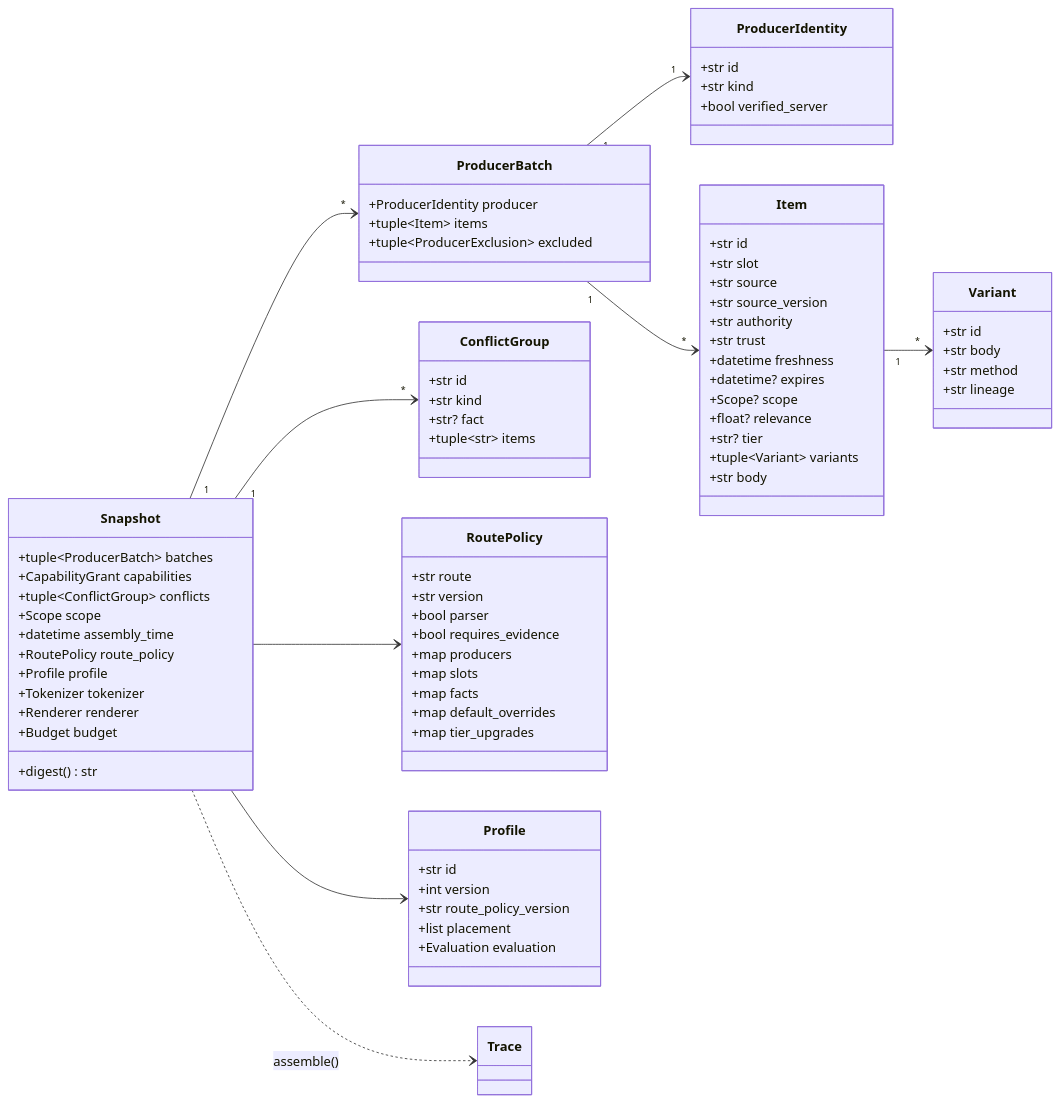
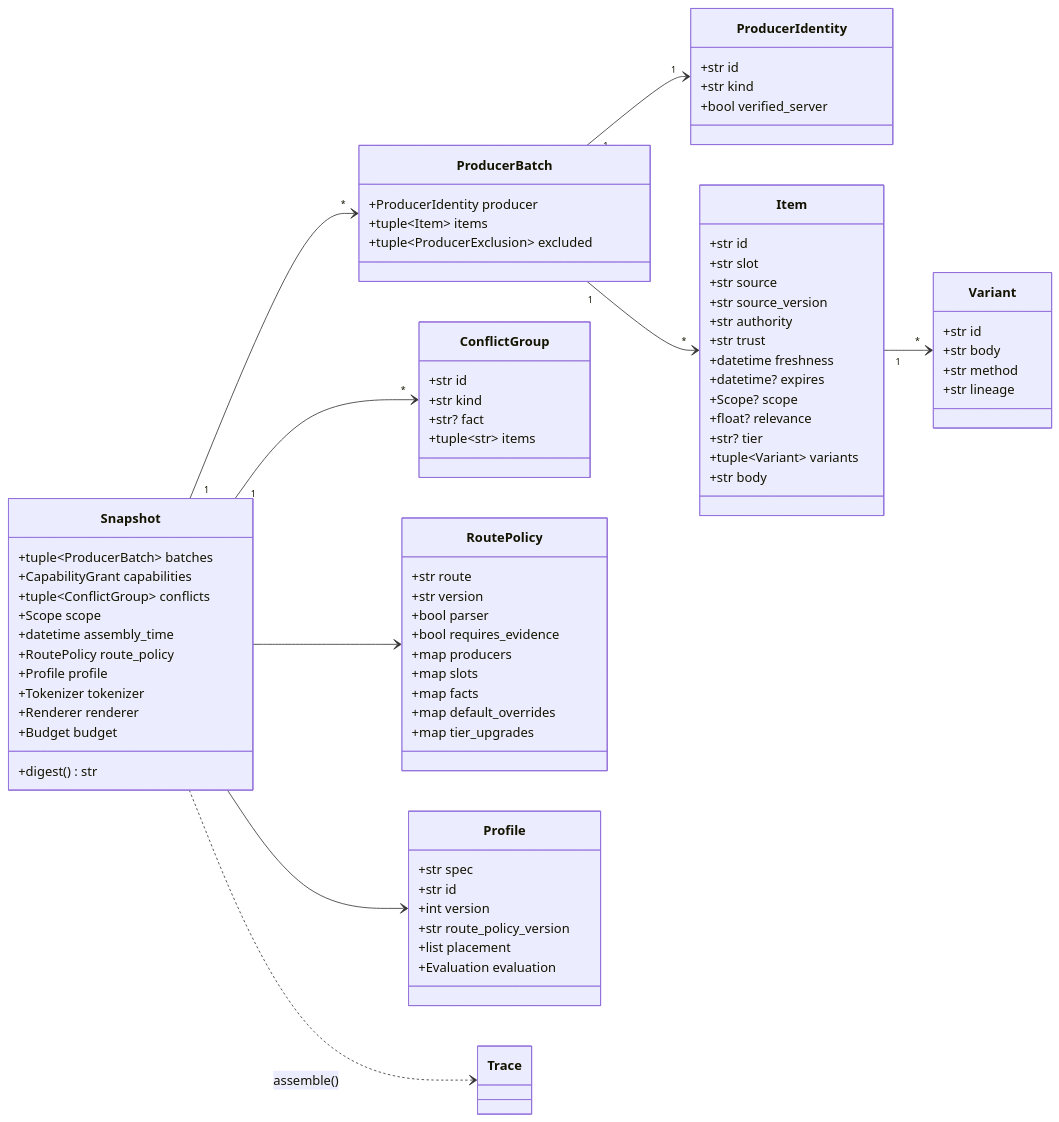
Before and after one commit to contextwindowarchitecture/assembler-python: the third of 23 diagrams in docs/DESIGN.md, drawn with Mermaid. The commit also changed other lines of this file and 100 other files, not shown here.

````diff
--- a/docs/DESIGN.md
+++ b/docs/DESIGN.md
@@ -165,81 +165,82 @@
 ```mermaid
 classDiagram
   direction LR
   class Snapshot {
     +tuple~ProducerBatch~ batches
     +CapabilityGrant capabilities
     +tuple~ConflictGroup~ conflicts
     +Scope scope
     +datetime assembly_time
     +RoutePolicy route_policy
     +Profile profile
     +Tokenizer tokenizer
     +Renderer renderer
     +Budget budget
     +digest() str
   }
   class ProducerBatch {
     +ProducerIdentity producer
     +tuple~Item~ items
     +tuple~ProducerExclusion~ excluded
   }
   class ProducerIdentity {
     +str id
     +str kind
     +bool verified_server
   }
   class Item {
     +str id
     +str slot
     +str source
     +str source_version
     +str authority
     +str trust
     +datetime freshness
     +datetime? expires
     +Scope? scope
     +float? relevance
     +str? tier
     +tuple~Variant~ variants
     +str body
   }
   class Variant {
     +str id
     +str body
     +str method
     +str lineage
   }
   class ConflictGroup {
     +str id
     +str kind
     +str? fact
     +tuple~str~ items
   }
   class RoutePolicy {
     +str route
     +str version
     +bool parser
     +bool requires_evidence
     +map producers
     +map slots
     +map facts
     +map default_overrides
     +map tier_upgrades
   }
   class Profile {
+    +str spec
     +str id
     +int version
     +str route_policy_version
     +list placement
     +Evaluation evaluation
   }
   class Trace
   Snapshot "1" --> "*" ProducerBatch
   ProducerBatch "1" --> "1" ProducerIdentity
   ProducerBatch "1" --> "*" Item
   Item "1" --> "*" Variant
   Snapshot "1" --> "*" ConflictGroup
   Snapshot --> RoutePolicy
   Snapshot --> Profile
   Snapshot ..> Trace : assemble()
 ```
````
